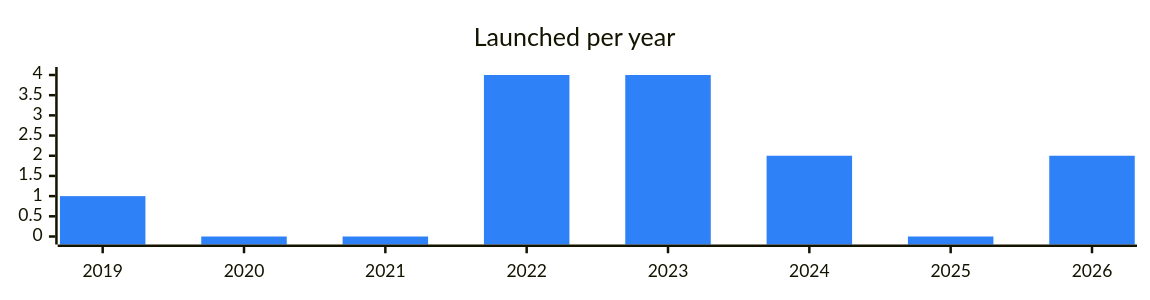
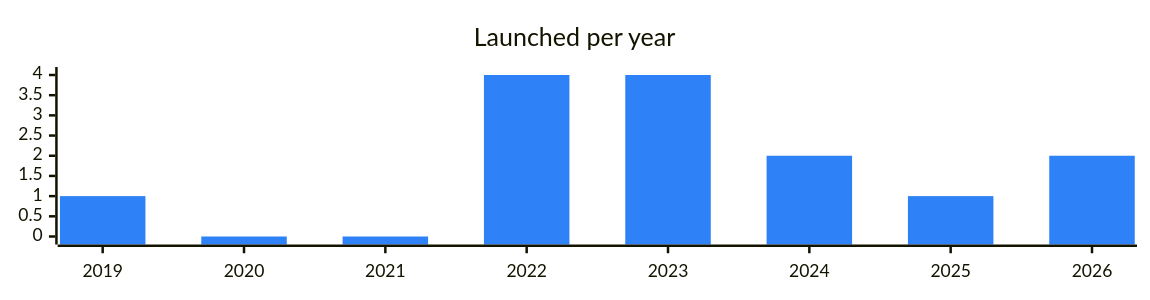
One commit to vitalikgpt/gram-ecosystem changed the diagram in categories/explorers.md. Above: the diagram before and after it, drawn with Mermaid. The commit also changed other lines of this file and 71 other files, not shown here.

````diff
--- a/categories/explorers.md
+++ b/categories/explorers.md
@@ -7,7 +7,7 @@
 ```mermaid
 %%{init: {"xyChart": {"width": 900, "height": 220}, "themeVariables": {"xyChart": {"plotColorPalette": "#2f81f7"}}}}%%
 xychart-beta
   title "Launched per year"
   x-axis ["2019", "2020", "2021", "2022", "2023", "2024", "2025", "2026"]
-  bar [1, 0, 0, 4, 4, 2, 0, 2]
+  bar [1, 0, 0, 4, 4, 2, 1, 2]
 ```
````
